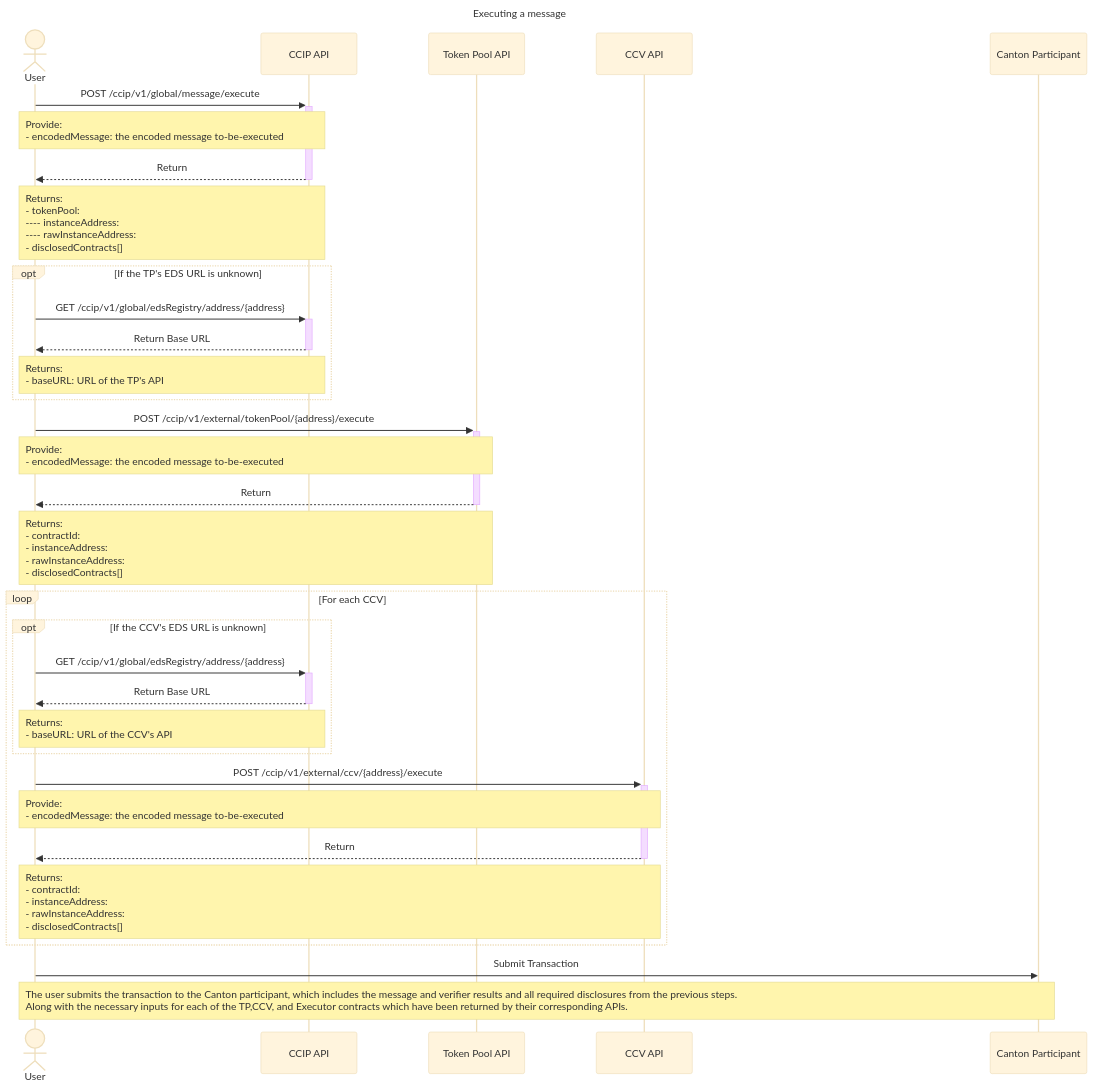
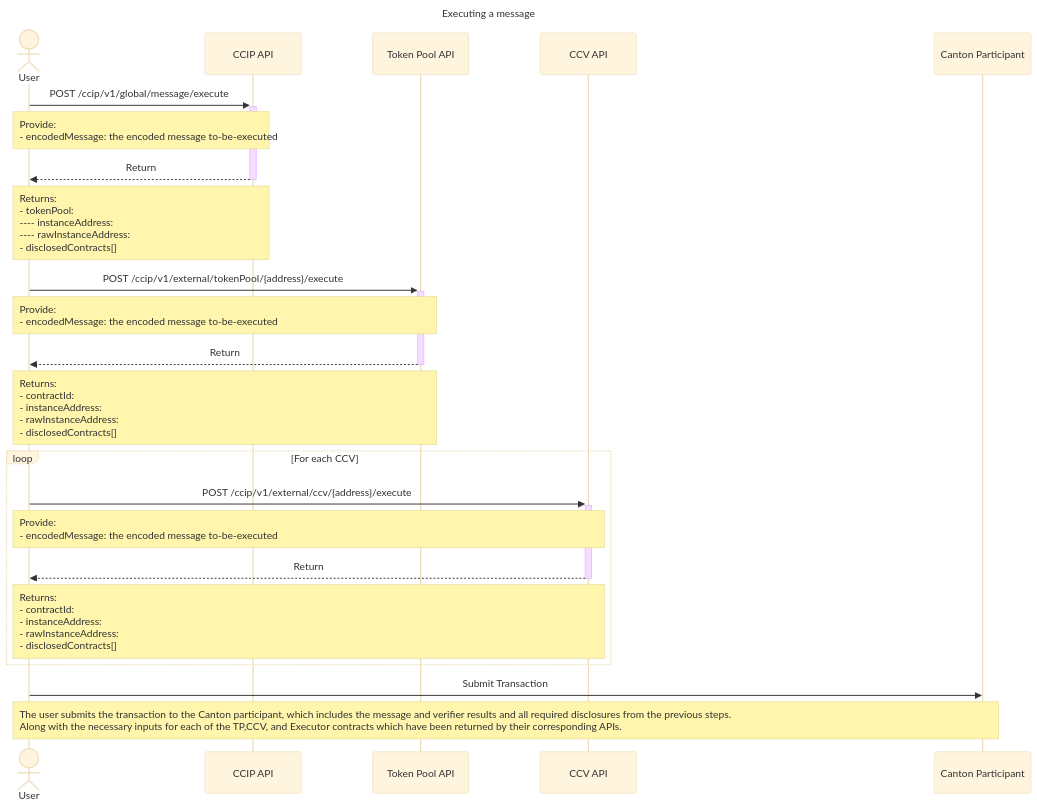
Before and after one commit to smartcontractkit/chainlink-canton: the second of 2 diagrams in openapi/src/eds/README.md, drawn with Mermaid (base theme). The commit also changed other lines of this file and 14 other files, not shown here.

````diff
--- a/openapi/src/eds/README.md
+++ b/openapi/src/eds/README.md
@@ -255,50 +225,38 @@
 ```mermaid
 ---
 title: Executing a message
 config:
     sequence:
         messageAlign: center
         noteAlign: left
         noteMargin: 10
 ---
 
 sequenceDiagram
     actor User
     participant CCIP as CCIP API
     participant TP as Token Pool API
     participant CCV as CCV API
     participant Canton as Canton Participant
 
     User ->>+ CCIP: POST /ccip/v1/global/message/execute
     note over User, CCIP: Provide: <br/> - encodedMessage: the encoded message to-be-executed
     CCIP -->>- User: Return
     note over User, CCIP: Returns: <br/> - tokenPool: <br/> ---- instanceAddress: <br/> ---- rawInstanceAddress: <br/> - disclosedContracts[]
 
-    opt If the TP's EDS URL is unknown
-        User ->>+ CCIP: GET /ccip/v1/global/edsRegistry/address/{address}
-        CCIP -->>- User: Return Base URL
-        note over User, CCIP: Returns: <br/> - baseURL: URL of the TP's API
-    end
-
     User ->>+ TP: POST /ccip/v1/external/tokenPool/{address}/execute
     note over User, TP: Provide: <br/> - encodedMessage: the encoded message to-be-executed
     TP -->>- User: Return
     note over User, TP: Returns: <br/> - contractId: <br/> - instanceAddress: <br/> - rawInstanceAddress: <br/> - disclosedContracts[]
 
     loop For each CCV
-        opt If the CCV's EDS URL is unknown
-            User ->>+ CCIP: GET /ccip/v1/global/edsRegistry/address/{address}
-            CCIP -->>- User: Return Base URL
-            note over User, CCIP: Returns: <br/> - baseURL: URL of the CCV's API
-        end
-
         User ->>+ CCV: POST /ccip/v1/external/ccv/{address}/execute
         note over User, CCV: Provide: <br/> - encodedMessage: the encoded message to-be-executed
         CCV -->>- User: Return
         note over User, CCV: Returns: <br/> - contractId: <br/> - instanceAddress: <br/> - rawInstanceAddress: <br/> - disclosedContracts[]
     end
 
     User ->> Canton: Submit Transaction
     note over User, Canton: The user submits the transaction to the Canton participant, which includes the message and verifier results and all required disclosures from the previous steps. <br/> Along with the necessary inputs for each of the TP,CCV, and Executor contracts which have been returned by their corresponding APIs.
 
 ```
````
